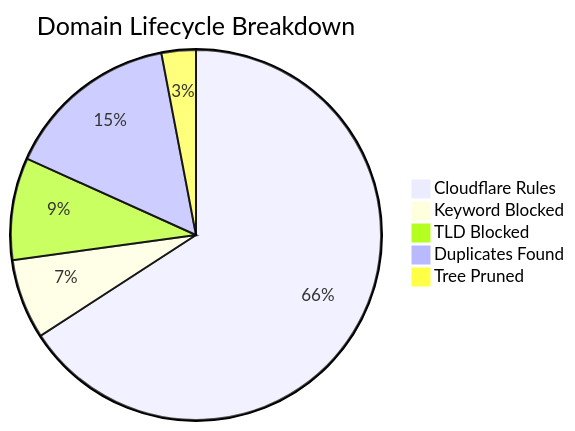
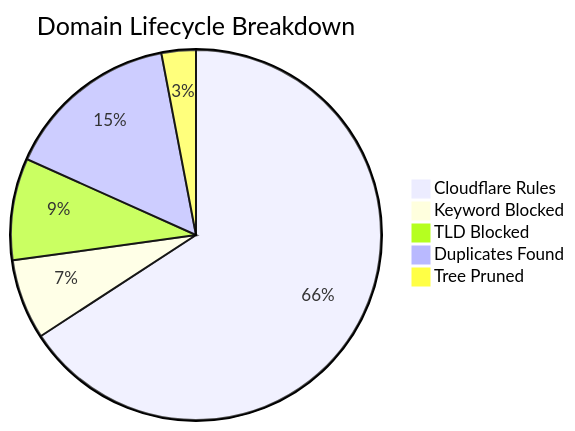
The diagram in README_STATS.md (brojangles24/Cloudflare-ZeroTrust-AdBlock), drawn with Mermaid before and after one commit. The commit also changed other lines of this file and 1 other file, not shown here.

````diff
--- a/README_STATS.md
+++ b/README_STATS.md
@@ -5,8 +5,8 @@
 ```mermaid
 pie title Domain Lifecycle Breakdown
-    "Cloudflare Rules" : 269955
+    "Cloudflare Rules" : 269236
     "Keyword Blocked" : 28642
-    "TLD Blocked" : 36594
+    "TLD Blocked" : 36415
     "Duplicates Found" : 62531
-    "Tree Pruned" : 12297
+    "Tree Pruned" : 12278
 ```
````
